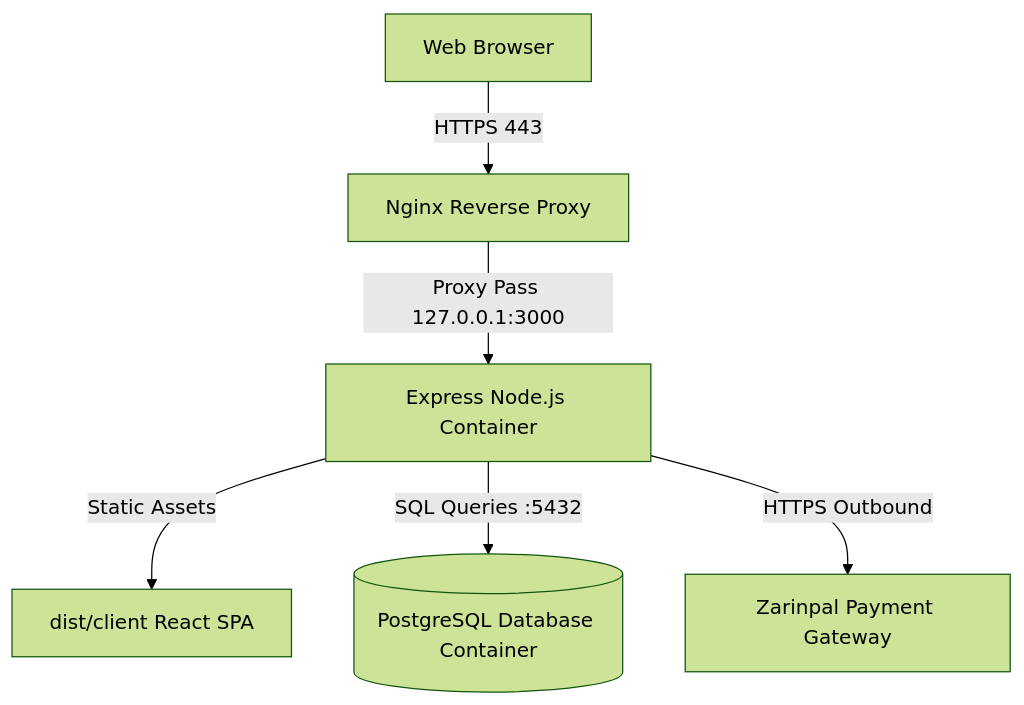
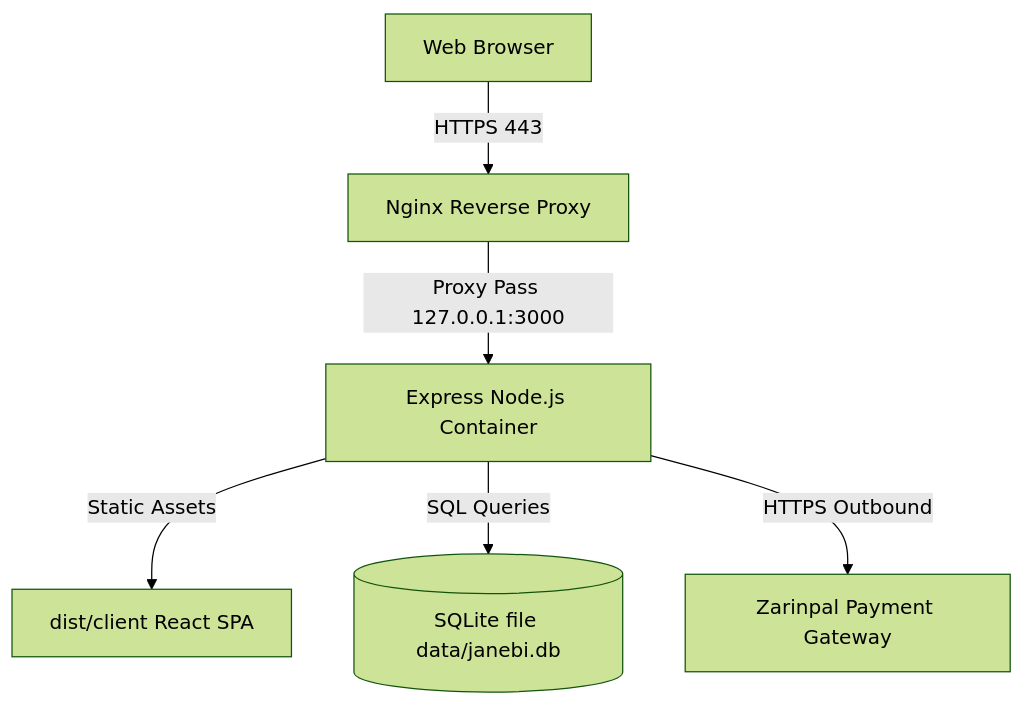
Before and after one commit to MrRooobooot/Janebi-Store: the diagram in docs/reference/deployment-baseline.md, drawn with Mermaid (forest theme). The commit also changed other lines of this file and 51 other files, not shown here.

First line of the commit message:
refactor(db): remove PostgreSQL code; SQLite is the only database

````diff
--- a/docs/reference/deployment-baseline.md
+++ b/docs/reference/deployment-baseline.md
@@ -5,8 +5,8 @@
 ```mermaid
 graph TD
     Client[Web Browser] -->|HTTPS 443| Nginx[Nginx Reverse Proxy]
     Nginx -->|Proxy Pass 127.0.0.1:3000| ExpressApp[Express Node.js Container]
     ExpressApp -->|Static Assets| ClientBundle[dist/client React SPA]
-    ExpressApp -->|SQL Queries :5432| Postgres[(PostgreSQL Database Container)]
+    ExpressApp -->|SQL Queries| SQLite[(SQLite file data/janebi.db)]
     ExpressApp -->|HTTPS Outbound| ZarinpalAPI[Zarinpal Payment Gateway]
 ```
````
